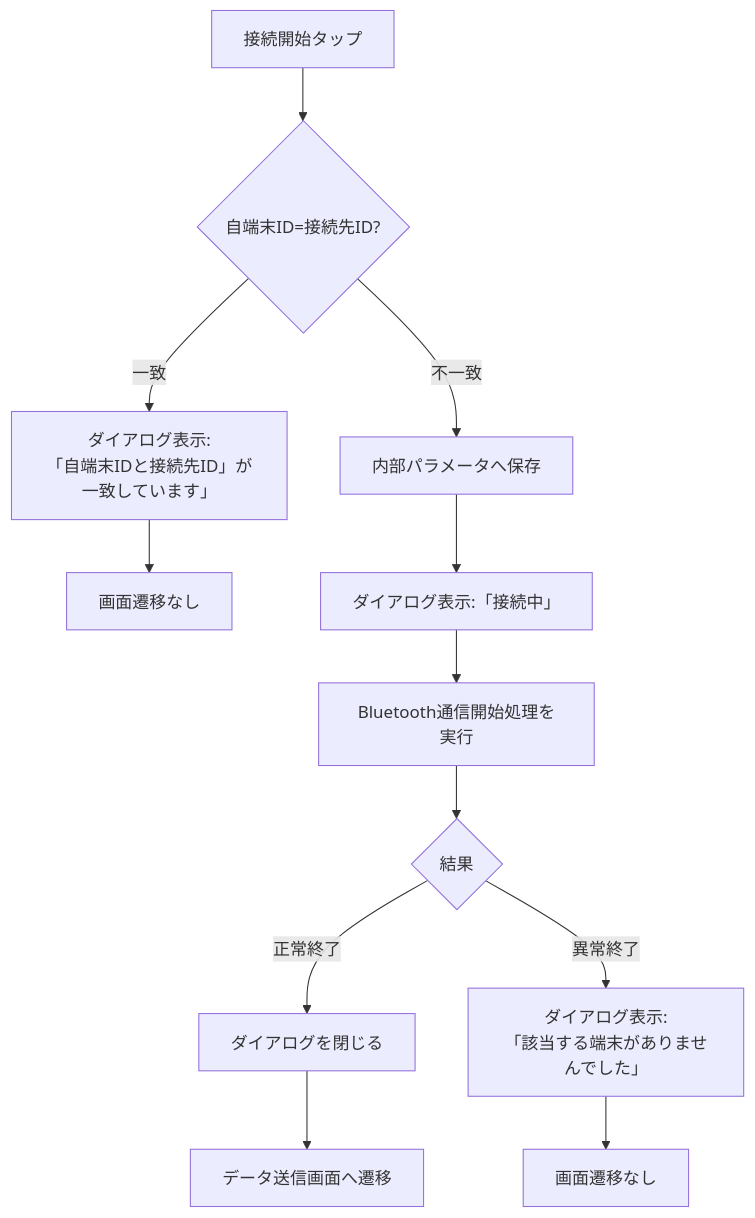
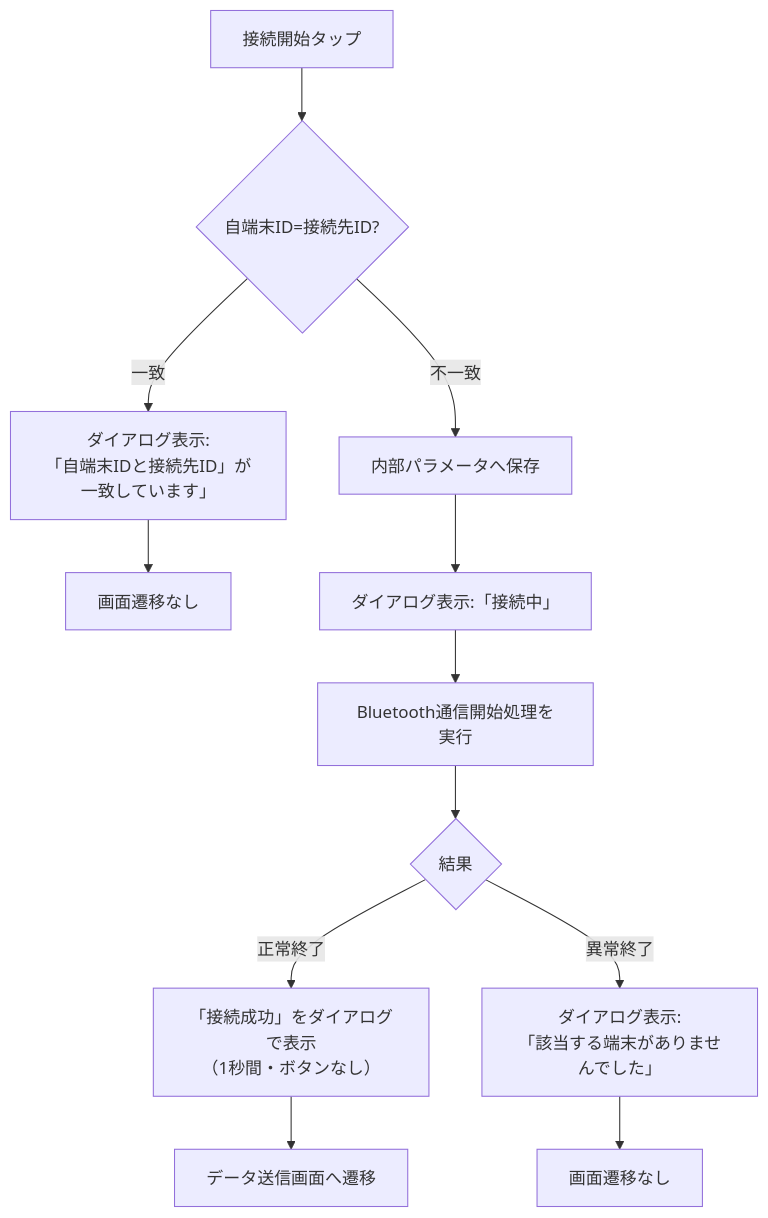
The second of 5 diagrams in docs/design/SS設計書.md (728h7y4bdh-cr/Test.swiftpm), drawn with Mermaid before and after one commit. The commit also changed other lines of this file and 2 other files, not shown here.

First line of the commit message:
Add "接続成功" success dialog and a DEBUG-only preview bypass

````diff
--- a/docs/design/SS設計書.md
+++ b/docs/design/SS設計書.md
@@ -80,14 +80,14 @@
 ```mermaid
 flowchart TD
     A[接続開始タップ] --> B{自端末ID=接続先ID?}
     B -->|一致| C[ダイアログ表示:\n「自端末IDと接続先ID」が一致しています」]
     C --> Z[画面遷移なし]
     B -->|不一致| D[内部パラメータへ保存]
     D --> E[ダイアログ表示:「接続中」]
     E --> F[Bluetooth通信開始処理を実行]
     F --> G{結果}
-    G -->|正常終了| H[ダイアログを閉じる]
+    G -->|正常終了| H["「接続成功」をダイアログで表示<br/>（1秒間・ボタンなし）"]
     H --> I[データ送信画面へ遷移]
     G -->|異常終了| J[ダイアログ表示:\n「該当する端末がありませんでした」]
     J --> Z2[画面遷移なし]
 ```
````
